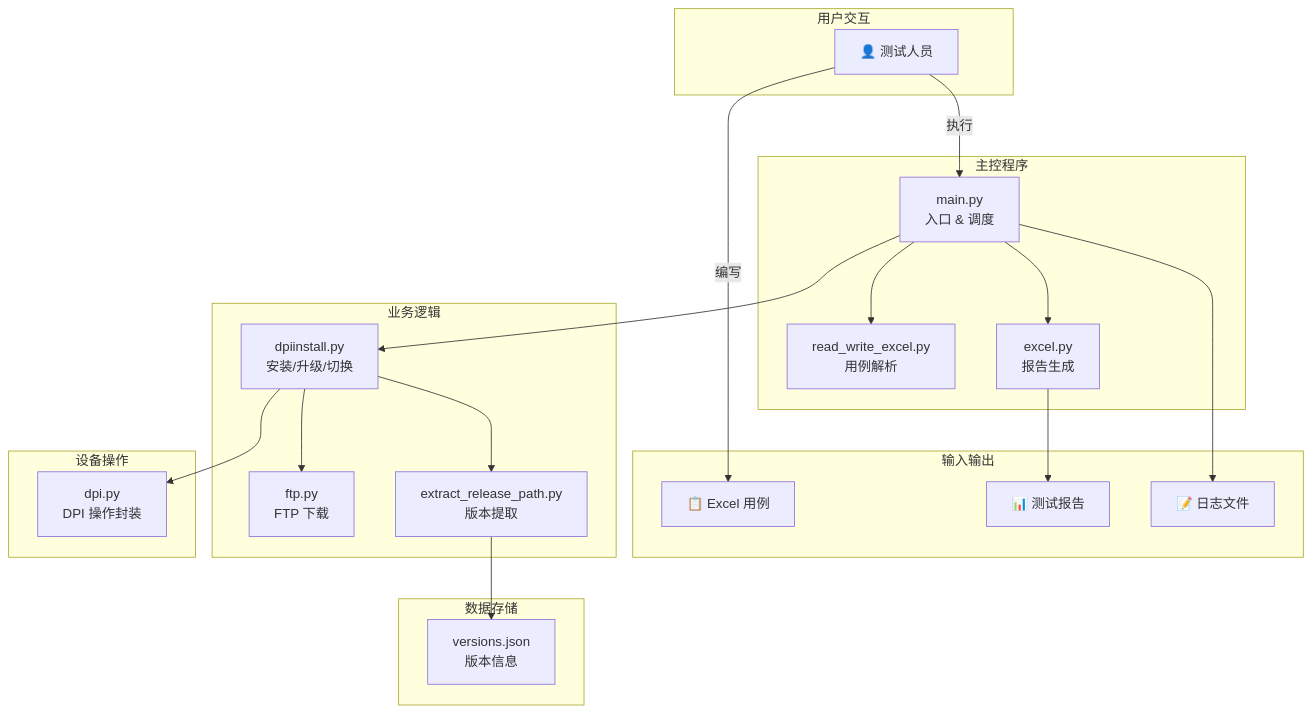
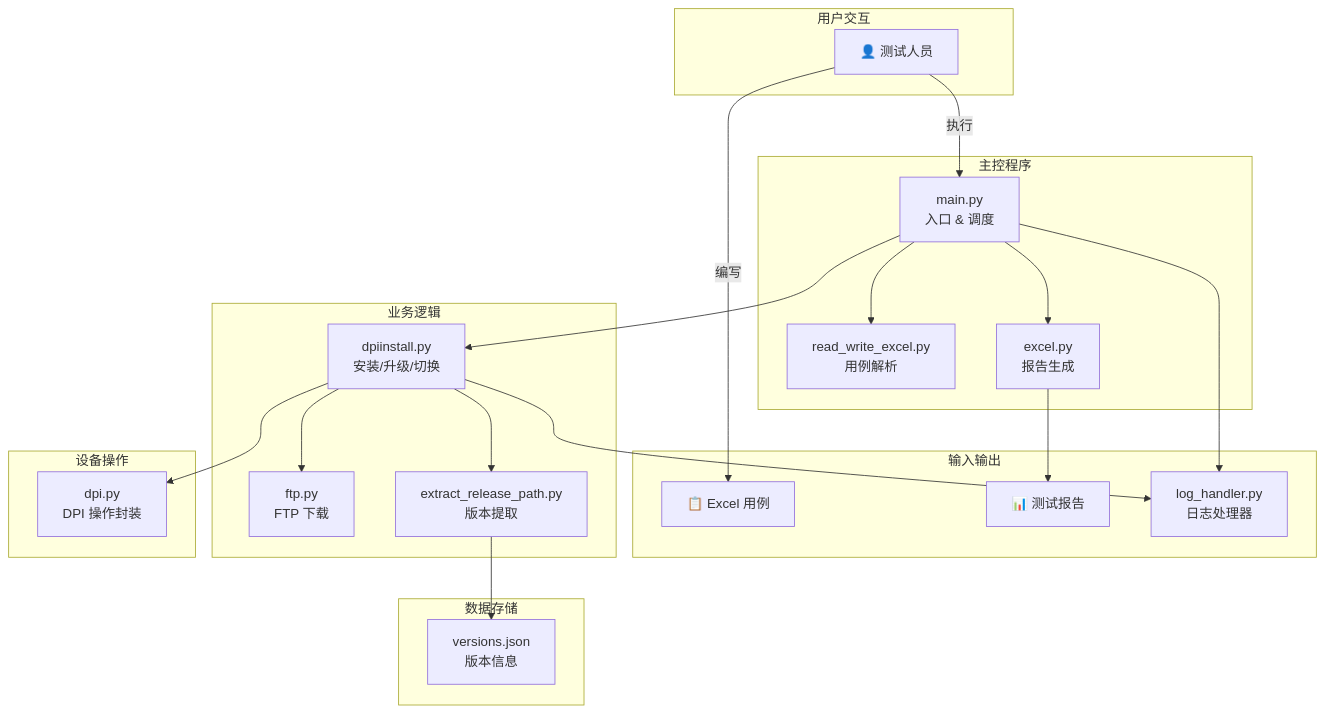
One commit to weihang1258/dpiAutoExcel changed the first of 18 diagrams in 系统架构文档.md. Above: the diagram before and after it, drawn with Mermaid. The commit also changed other lines of this file and 1 other file, not shown here.

````diff
--- a/系统架构文档.md
+++ b/系统架构文档.md
@@ -7,44 +7,46 @@
 ```mermaid
 graph TD
     subgraph 用户交互
         USER[👤 测试人员]
     end
 
     subgraph 输入输出
         EXCEL[📋 Excel 用例]
         REPORT[📊 测试报告]
         LOG[📝 日志文件]
     end
 
     subgraph 主控程序
         MAIN[main.py<br/>入口 & 调度]
         RW[read_write_excel.py<br/>用例解析]
         EX[excel.py<br/>报告生成]
     end
 
     subgraph 业务逻辑
         INSTALL[dpiinstall.py<br/>安装/升级/切换]
         FTP[ftp.py<br/>FTP 下载]
         ERP[extract_release_path.py<br/>版本提取]
+        LOG[log_handler.py<br/>日志处理器]
     end
 
     subgraph 设备操作
         DPI[dpi.py<br/>DPI 操作封装]
     end
 
     subgraph 数据存储
         VJSON[versions.json<br/>版本信息]
     end
 
     USER -->|编写| EXCEL
     USER -->|执行| MAIN
     MAIN --> RW
     MAIN --> EX
     MAIN --> INSTALL
     INSTALL --> FTP
     INSTALL --> ERP
     INSTALL --> DPI
+    INSTALL --> LOG
     ERP --> VJSON
     EX --> REPORT
     MAIN --> LOG
 ```
````
